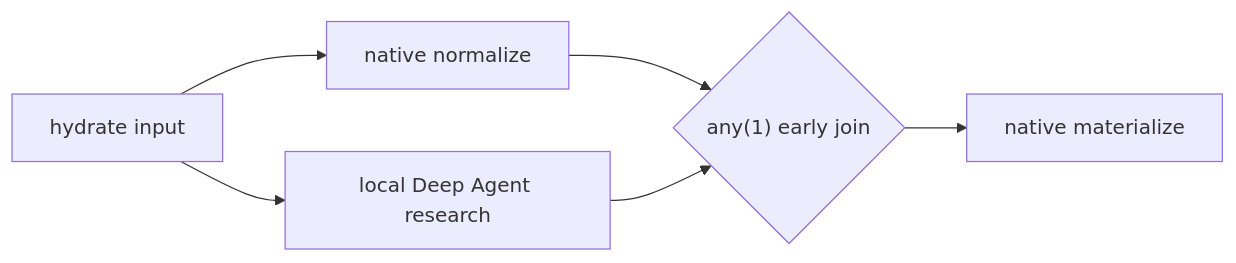
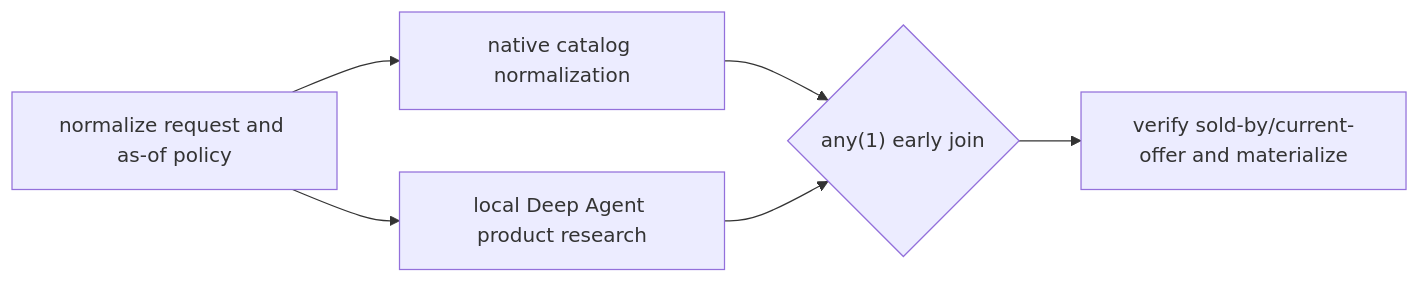
One commit to Overton77/belllabs-research-ingestion-evaluation-content-services changed the diagram in docs/migrations_instructions/implementation_work_packages/07_STAGE_4_STAGEGRAPH_PARITY_VERTICAL_SLICE.md. Above: the diagram before and after it, drawn with Mermaid. The commit also changed other lines of this file and 122 other files, not shown here.

````diff
--- a/docs/migrations_instructions/implementation_work_packages/07_STAGE_4_STAGEGRAPH_PARITY_VERTICAL_SLICE.md
+++ b/docs/migrations_instructions/implementation_work_packages/07_STAGE_4_STAGEGRAPH_PARITY_VERTICAL_SLICE.md
@@ -134,8 +139,8 @@
 ```mermaid
 flowchart LR
-    H["hydrate input"] --> N["native normalize"]
-    H --> D["local Deep Agent research"]
+    H["normalize request and as-of policy"] --> N["native catalog normalization"]
+    H --> D["local Deep Agent product research"]
     N --> J{"any(1) early join"}
     D --> J
-    J --> M["native materialize"]
+    J --> M["verify sold-by/current-offer and materialize"]
 ```
````
